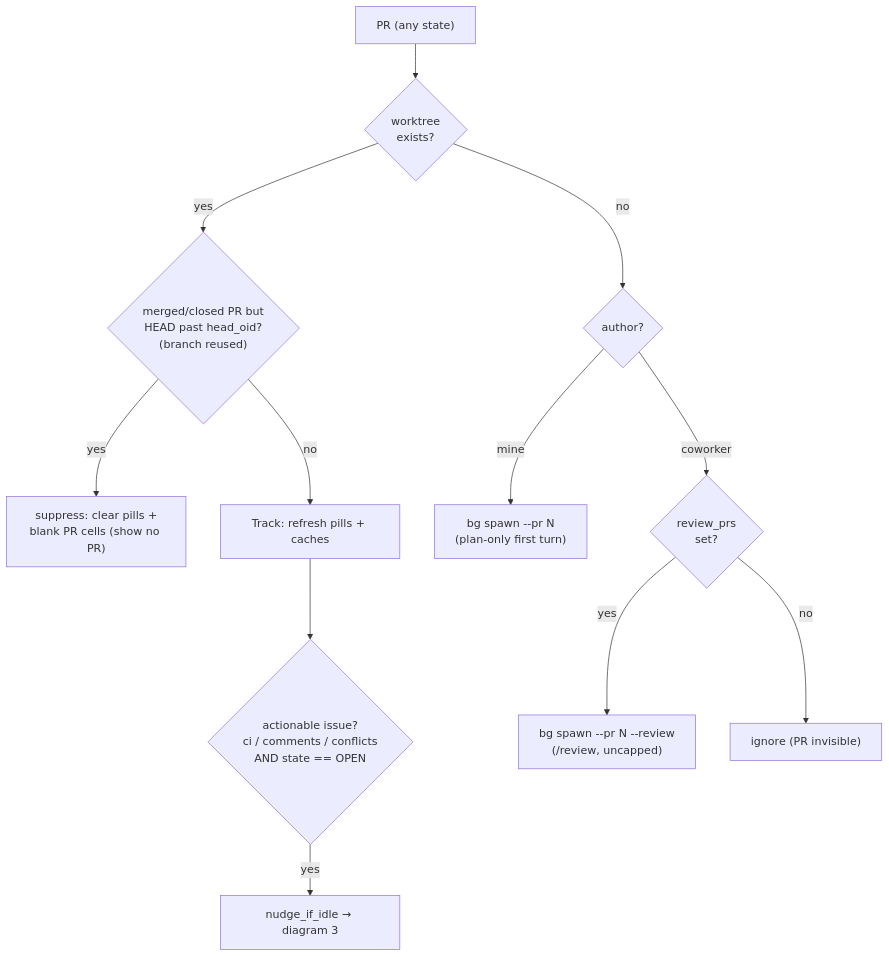
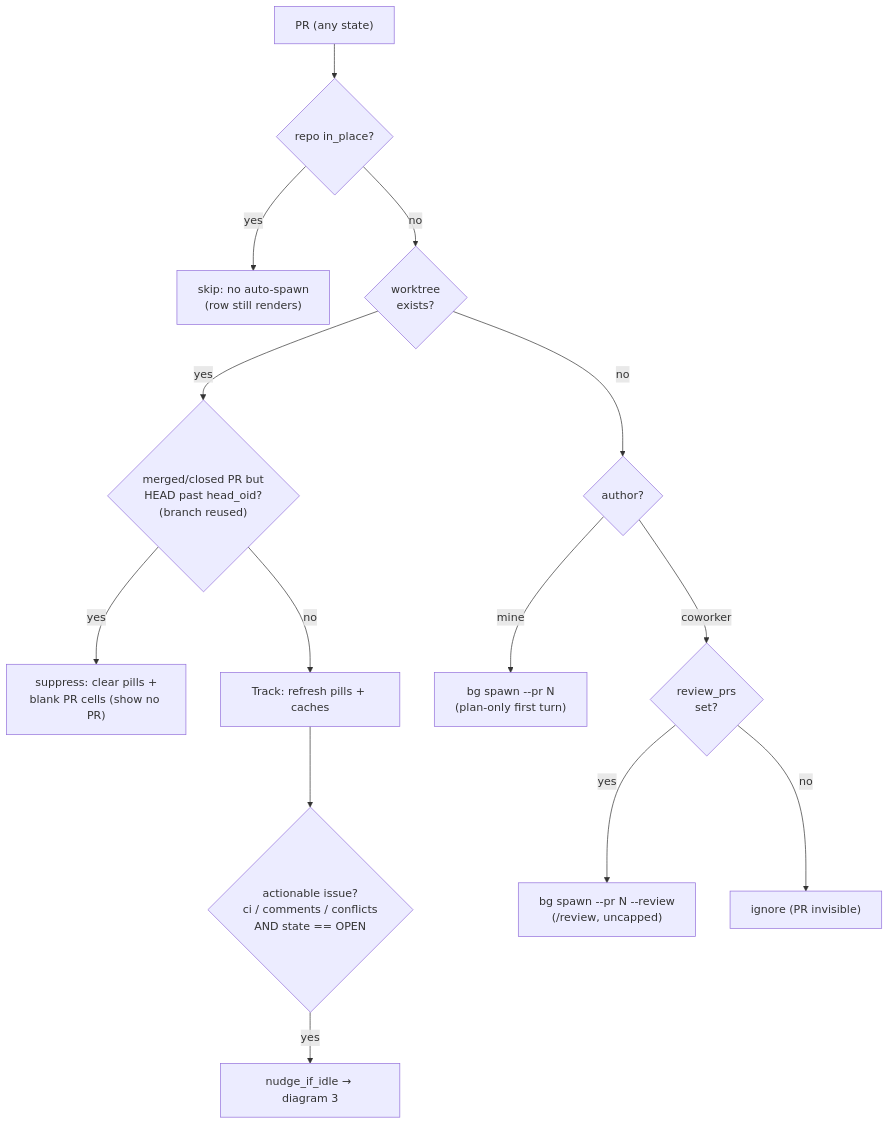
One commit to khivi/cockpit changed the second of 5 diagrams in docs/state-machine.md. Above: the diagram before and after it, drawn with Mermaid. The commit also changed other lines of this file and 12 other files, not shown here.

First line of the commit message:
feat(spawn): bare `cockpit new` auto-registers cwd repo (in_place) + in-place workspace (#213)

````diff
--- a/docs/state-machine.md
+++ b/docs/state-machine.md
@@ -85,16 +88,18 @@
 ```mermaid
 flowchart TD
-  P["PR (any state)"] --> WT{"worktree<br/>exists?"}
+  P["PR (any state)"] --> IP{"repo in_place?"}
+  IP -->|yes| SKIP["skip: no auto-spawn<br/>(row still renders)"]
+  IP -->|no| WT{"worktree<br/>exists?"}
 
   WT -->|yes| REUSE{"merged/closed PR but<br/>HEAD past head_oid?<br/>(branch reused)"}
   REUSE -->|yes| SUP["suppress: clear pills +<br/>blank PR cells (show no PR)"]
   REUSE -->|no| TRACK["Track: refresh pills + caches"]
   TRACK --> ACT{"actionable issue?<br/>ci / comments / conflicts<br/>AND state == OPEN"}
   ACT -->|yes| NUDGE["nudge_if_idle → diagram 3"]
 
   WT -->|no| WHO{"author?"}
   WHO -->|mine| SP["bg spawn --pr N<br/>(plan-only first turn)"]
   WHO -->|coworker| RV{"review_prs<br/>set?"}
   RV -->|yes| SPR["bg spawn --pr N --review<br/>(/review, uncapped)"]
   RV -->|no| IG["ignore (PR invisible)"]
 ```
````
